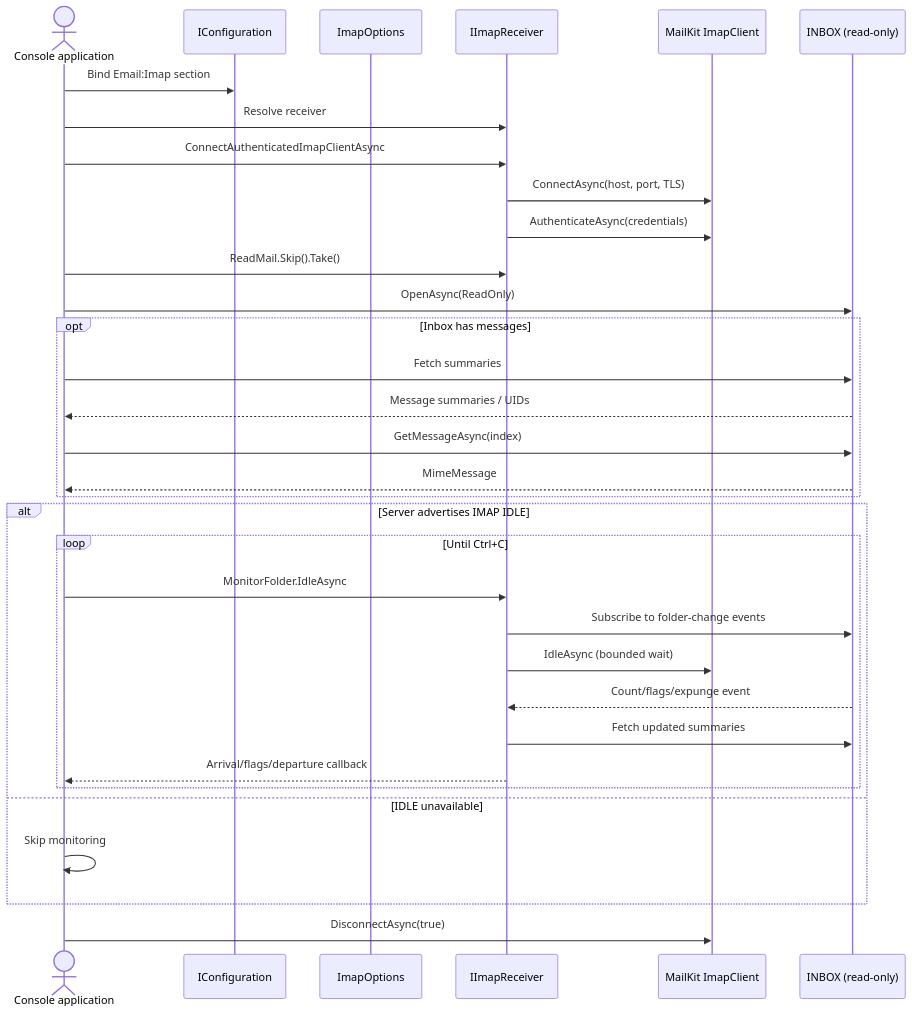
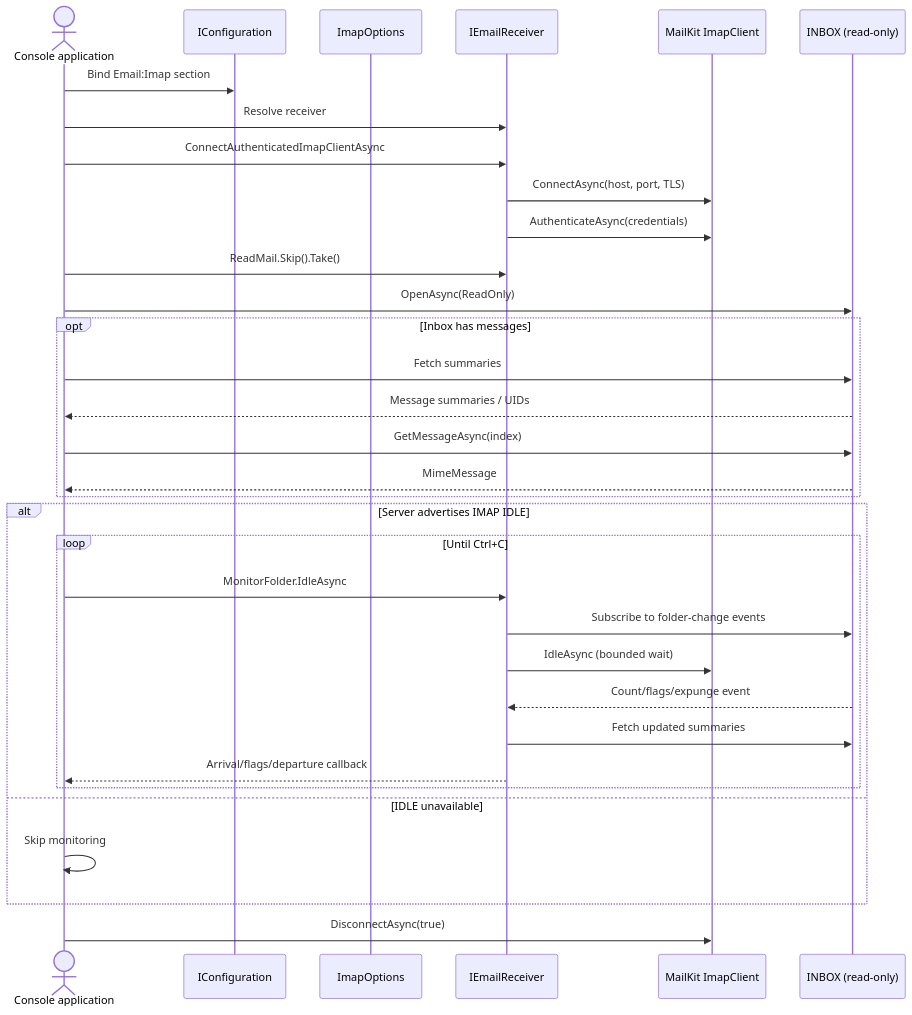
The third of 3 diagrams in docs/architecture.md (danzuep/Zuemail), drawn with Mermaid before and after one commit. The commit also changed other lines of this file and 25 other files, not shown here.

````diff
--- a/docs/architecture.md
+++ b/docs/architecture.md
@@ -54,36 +54,36 @@
 ```mermaid
 sequenceDiagram
     actor App as Console application
     participant Config as IConfiguration
     participant Options as ImapOptions
-    participant Receiver as IImapReceiver
+    participant Receiver as IEmailReceiver
     participant Client as MailKit ImapClient
     participant Inbox as INBOX (read-only)
 
     App->>Config: Bind Email:Imap section
     App->>Receiver: Resolve receiver
     App->>Receiver: ConnectAuthenticatedImapClientAsync
     Receiver->>Client: ConnectAsync(host, port, TLS)
     Receiver->>Client: AuthenticateAsync(credentials)
     App->>Receiver: ReadMail.Skip().Take()
     App->>Inbox: OpenAsync(ReadOnly)
     opt Inbox has messages
         App->>Inbox: Fetch summaries
         Inbox-->>App: Message summaries / UIDs
         App->>Inbox: GetMessageAsync(index)
         Inbox-->>App: MimeMessage
     end
     alt Server advertises IMAP IDLE
         loop Until Ctrl+C
             App->>Receiver: MonitorFolder.IdleAsync
             Receiver->>Inbox: Subscribe to folder-change events
             Receiver->>Client: IdleAsync (bounded wait)
             Inbox-->>Receiver: Count/flags/expunge event
             Receiver->>Inbox: Fetch updated summaries
             Receiver-->>App: Arrival/flags/departure callback
         end
     else IDLE unavailable
         App->>App: Skip monitoring
     end
     App->>Client: DisconnectAsync(true)
 ```
````
